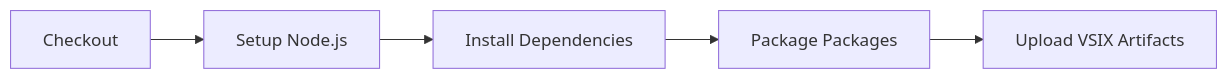
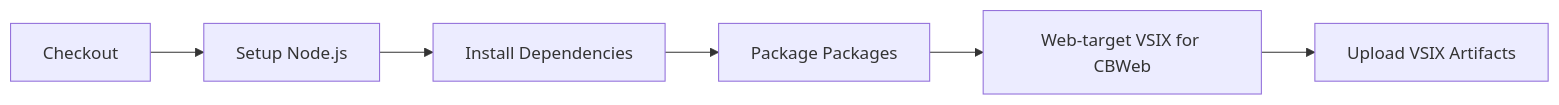
Before and after one commit to forcedotcom/apex-language-support: the fifth of 8 diagrams in .github/workflows/README.md, drawn with Mermaid. The commit also changed other lines of this file and 3 other files, not shown here.

First line of the commit message:
ci(ci): restore web-target VSIX for CBWeb marketplace

````diff
--- a/.github/workflows/README.md
+++ b/.github/workflows/README.md
@@ -265,7 +265,8 @@
 ```mermaid
 graph LR
     A[Checkout] --> B[Setup Node.js]
     B --> C[Install Dependencies]
     C --> D[Package Packages]
-    D --> E[Upload VSIX Artifacts]
+    D --> E[Web-target VSIX for CBWeb]
+    E --> F[Upload VSIX Artifacts]
 ```
````
